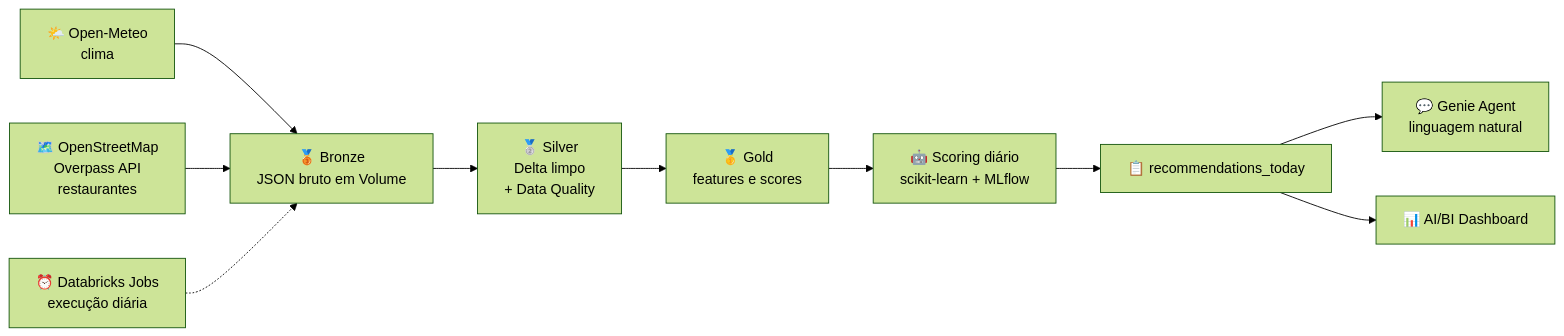
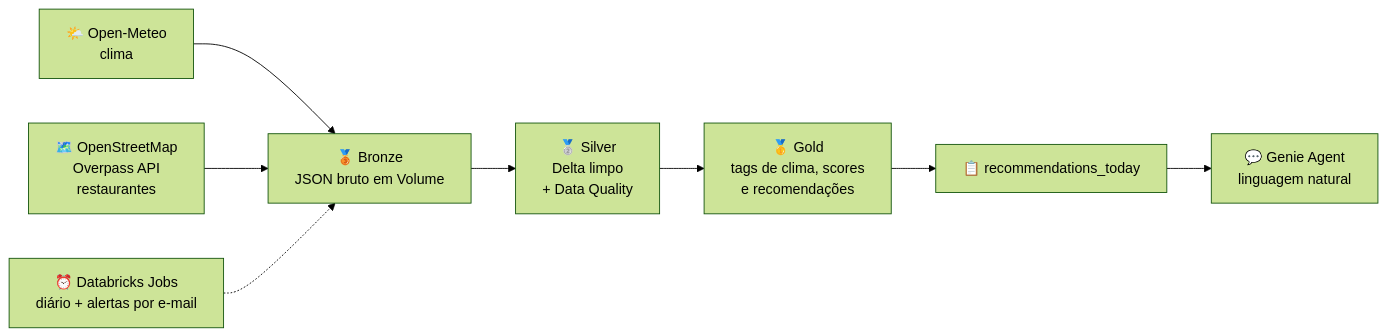
The diagram in README.md (banciella/Weather-Food-Recommendation), drawn with Mermaid (forest theme) before and after one commit. The commit also changed other lines of this file, not shown here.

````diff
--- a/README.md
+++ b/README.md
@@ -30,12 +30,10 @@
 ```mermaid
 flowchart LR
   A["🌤️ Open-Meteo<br/>clima"] --> B
   C["🗺️ OpenStreetMap<br/>Overpass API<br/>restaurantes"] --> B
   B["🥉 Bronze<br/>JSON bruto em Volume"] --> D["🥈 Silver<br/>Delta limpo<br/>+ Data Quality"]
-  D --> E["🥇 Gold<br/>features e scores"]
-  E --> F["🤖 Scoring diário<br/>scikit-learn + MLflow"]
-  F --> G["📋 recommendations_today"]
-  G --> H["💬 Genie Agent<br/>linguagem natural"]
-  G --> I["📊 AI/BI Dashboard"]
-  J["⏰ Databricks Jobs<br/>execução diária"] -.-> B
+  D --> E["🥇 Gold<br/>tags de clima, scores<br/>e recomendações"]
+  E --> F["📋 recommendations_today"]
+  F --> G["💬 Genie Agent<br/>linguagem natural"]
+  H["⏰ Databricks Jobs<br/>diário + alertas por e-mail"] -.-> B
 ```
````
